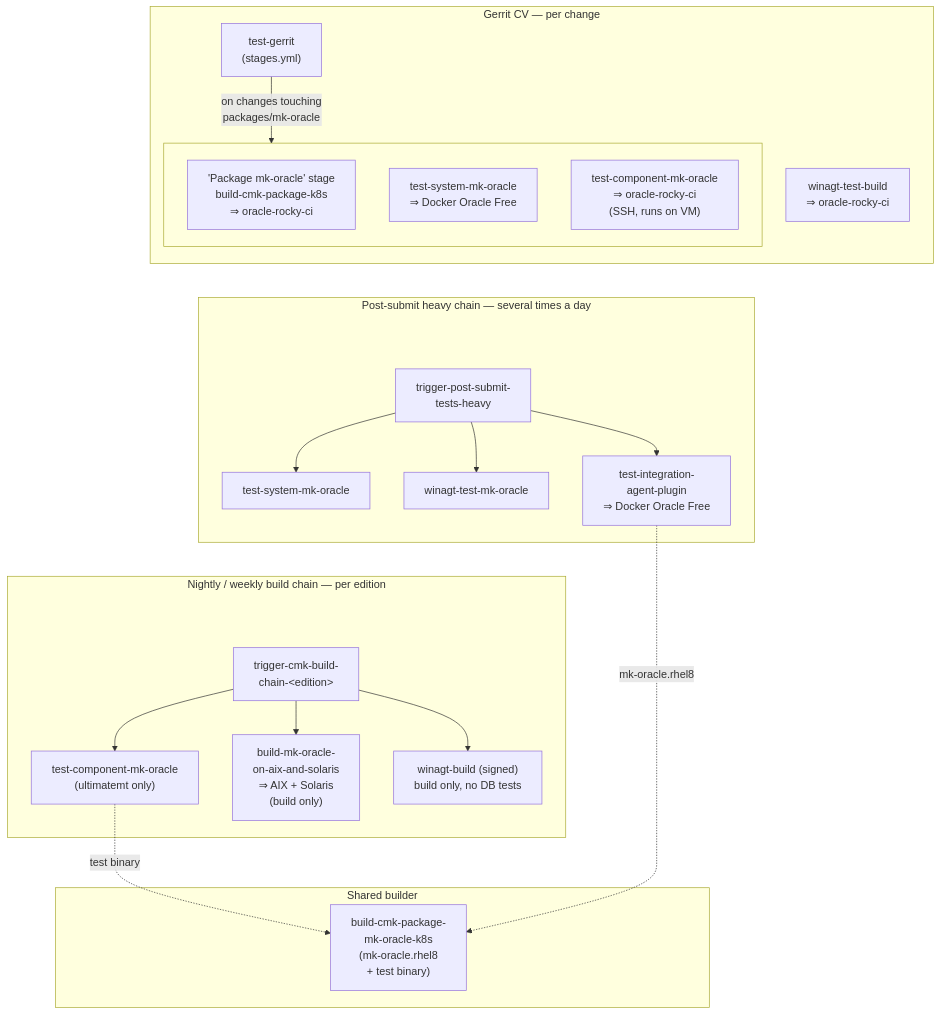
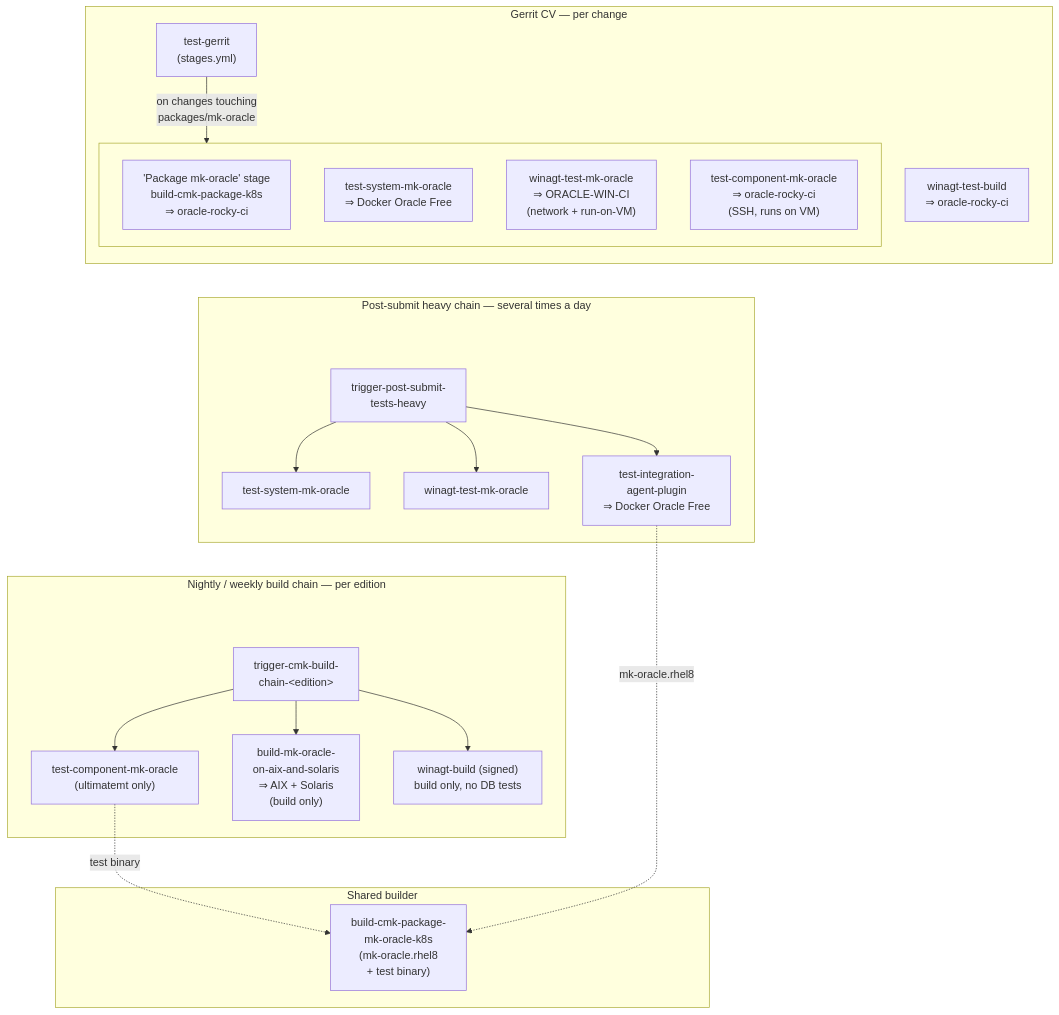
One commit to Checkmk/checkmk changed the diagram in packages/mk-oracle/tests/docs/ci-jobs.md. Above: the diagram before and after it, drawn with Mermaid. The commit also changed other lines of this file and 3 other files, not shown here.

First line of the commit message:
mk-oracle: run the Windows on-VM component tests in the 2.5.0 CV

````diff
--- a/packages/mk-oracle/tests/docs/ci-jobs.md
+++ b/packages/mk-oracle/tests/docs/ci-jobs.md
@@ -23,51 +23,52 @@
 ```mermaid
 flowchart TD
     subgraph CV["Gerrit CV — per change"]
         TG["test-gerrit<br/>(stages.yml)"]
         WTB["winagt-test-build<br/>⇒ oracle-rocky-ci"]
         subgraph CVORA[" "]
             PKG["'Package mk-oracle' stage<br/>build-cmk-package-k8s<br/>⇒ oracle-rocky-ci"]
             CVTSM["test-system-mk-oracle<br/>⇒ Docker Oracle Free"]
+            CVWMO["winagt-test-mk-oracle<br/>⇒ ORACLE-WIN-CI<br/>(network + run-on-VM)"]
             CVTCM["test-component-mk-oracle<br/>⇒ oracle-rocky-ci<br/>(SSH, runs on VM)"]
         end
         TG -->|"on changes touching<br/>packages/mk-oracle"| CVORA
     end
 
     subgraph HEAVY["Post-submit heavy chain — several times a day"]
         HSPACE[" "]
         TH["trigger-post-submit-<br/>tests-heavy"]
         HSPACE ~~~ TH
         HTSM["test-system-mk-oracle"]
         HWMO["winagt-test-mk-oracle"]
         IAP["test-integration-<br/>agent-plugin<br/>⇒ Docker Oracle Free"]
         TH --> HTSM
         TH --> HWMO
         TH --> IAP
     end
 
     subgraph NIGHTLY["Nightly / weekly build chain — per edition"]
         NSPACE[" "]
         BC["trigger-cmk-build-<br/>chain-&lt;edition&gt;"]
         NSPACE ~~~ BC
         NTCM["test-component-mk-oracle<br/>(ultimatemt only)"]
         AIXSOL["build-mk-oracle-<br/>on-aix-and-solaris<br/>⇒ AIX + Solaris<br/>(build only)"]
         WB["winagt-build (signed)<br/>build only, no DB tests"]
         BC --> NTCM
         BC --> AIXSOL
         BC --> WB
     end
 
     subgraph SHARED["Shared builder"]
         K8S["build-cmk-package-<br/>mk-oracle-k8s<br/>(mk-oracle.rhel8<br/>+ test binary)"]
     end
 
     %% invisible links: keep the blocks in development-workflow order
     CVTSM ~~~ HSPACE
     HTSM ~~~ NSPACE
 
     NTCM -. "test binary" .-> K8S
     IAP -. "mk-oracle.rhel8" .-> K8S
 
     classDef spacer fill:none,stroke:none
     class HSPACE,NSPACE spacer
 ```
````
